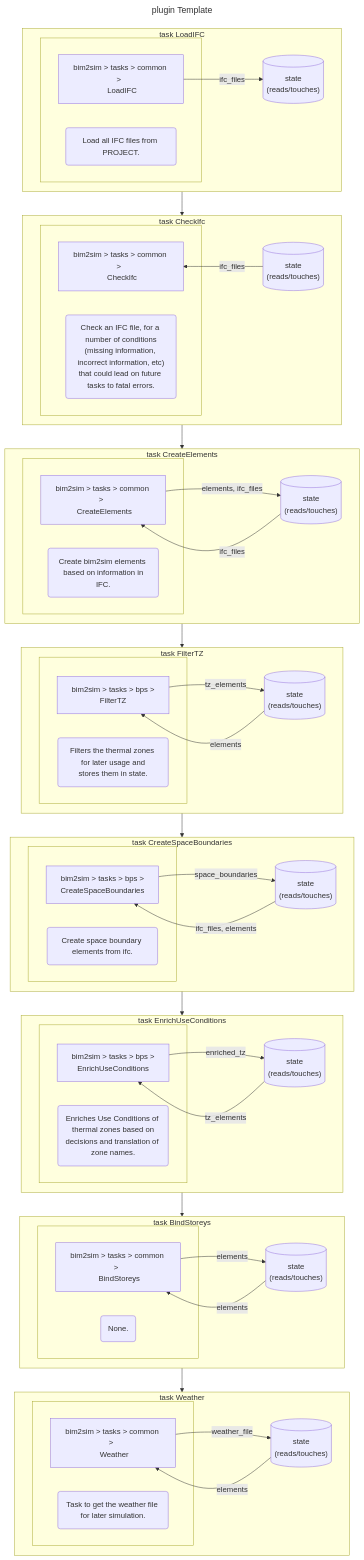
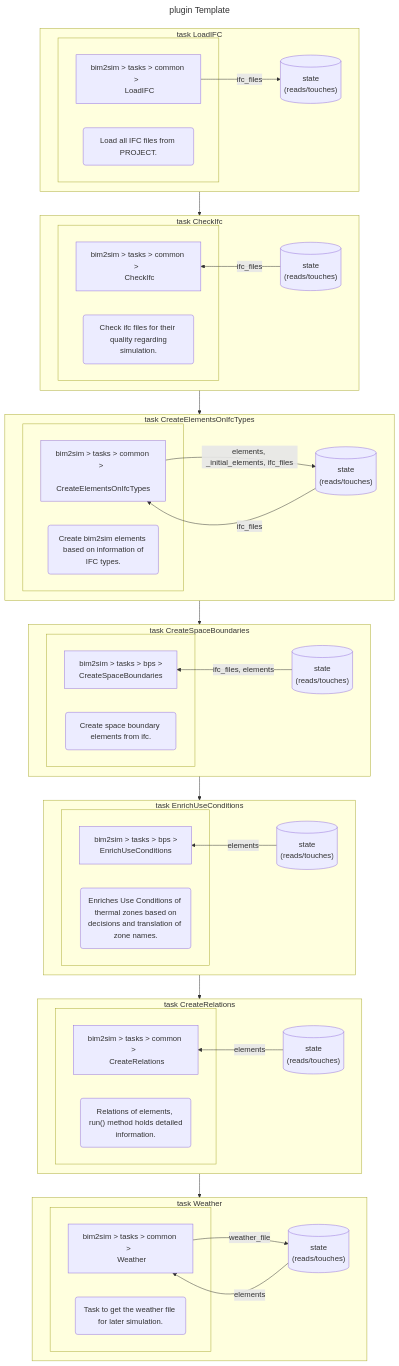
One commit to BIM2SIM/bim2sim changed the diagram in docs/source/user-guide/PluginTemplate.md. Above: the diagram before and after it, drawn with Mermaid. The commit also changed 1 other file, not shown here.

Commit message:
adapt structure visualization of PluginTemplate

````diff
--- a/docs/source/user-guide/PluginTemplate.md
+++ b/docs/source/user-guide/PluginTemplate.md
@@ -243,9 +243,8 @@
 
   tCheckIfc["bim2sim > tasks > common >  
  CheckIfc"]
-  extCheckIfc("  Check an IFC file, for a number of conditions
-(missing information, incorrect information, etc)
-that could lead on future tasks to fatal errors. " )
+  extCheckIfc("  Check ifc files for their quality regarding
+simulation. " )
  end
 
 stateCheckIfc[("state
@@ -255,39 +254,21 @@
 direction RL
 end
     
-subgraph taskCreateElements["task CreateElements"]
+subgraph taskCreateElementsOnIfcTypes["task CreateElementsOnIfcTypes"]
  subgraph "" 
 
-  tCreateElements["bim2sim > tasks > common >  
- CreateElements"]
-  extCreateElements(" Create bim2sim elements based on information in
-IFC. " )
+  tCreateElementsOnIfcTypes["bim2sim > tasks > common >  
+ CreateElementsOnIfcTypes"]
+  extCreateElementsOnIfcTypes(" Create bim2sim elements based on information of
+IFC types. " )
  end
 
-stateCreateElements[("state
+stateCreateElementsOnIfcTypes[("state
  (reads/touches)")]
     
-stateCreateElements -- ifc_files --> tCreateElements
+stateCreateElementsOnIfcTypes -- ifc_files --> tCreateElementsOnIfcTypes
 
-tCreateElements -- elements, ifc_files --> stateCreateElements
-
-end
-    
-subgraph taskFilterTZ["task FilterTZ"]
- subgraph "" 
-
-  tFilterTZ["bim2sim > tasks > bps >  
- FilterTZ"]
-  extFilterTZ(" Filters the thermal zones for later usage and
-stores them in state. " )
- end
-
-stateFilterTZ[("state
- (reads/touches)")]
-    
-stateFilterTZ -- elements --> tFilterTZ
-
-tFilterTZ -- tz_elements --> stateFilterTZ
+tCreateElementsOnIfcTypes -- elements, _initial_elements, ifc_files --> stateCreateElementsOnIfcTypes
 
 end
     
@@ -303,9 +284,7 @@
  (reads/touches)")]
     
 stateCreateSpaceBoundaries -- ifc_files, elements --> tCreateSpaceBoundaries
-
-tCreateSpaceBoundaries -- space_boundaries --> stateCreateSpaceBoundaries
-
+direction RL
 end
     
 subgraph taskEnrichUseConditions["task EnrichUseConditions"]
@@ -320,27 +299,24 @@
 stateEnrichUseConditions[("state
  (reads/touches)")]
     
-stateEnrichUseConditions -- tz_elements --> tEnrichUseConditions
-
-tEnrichUseConditions -- enriched_tz --> stateEnrichUseConditions
-
+stateEnrichUseConditions -- elements --> tEnrichUseConditions
+direction RL
 end
     
-subgraph taskBindStoreys["task BindStoreys"]
+subgraph taskCreateRelations["task CreateRelations"]
  subgraph "" 
 
-  tBindStoreys["bim2sim > tasks > common >  
- BindStoreys"]
-  extBindStoreys(" None. " )
+  tCreateRelations["bim2sim > tasks > common >  
+ CreateRelations"]
+  extCreateRelations(" Relations of elements, run() method holds detailed
+information. " )
  end
 
-stateBindStoreys[("state
+stateCreateRelations[("state
  (reads/touches)")]
     
-stateBindStoreys -- elements --> tBindStoreys
-
-tBindStoreys -- elements --> stateBindStoreys
-
+stateCreateRelations -- elements --> tCreateRelations
+direction RL
 end
     
 subgraph taskWeather["task Weather"]
@@ -360,10 +336,9 @@
 
 end
     taskLoadIFC --> taskCheckIfc 
-taskCheckIfc --> taskCreateElements 
-taskCreateElements --> taskFilterTZ 
-taskFilterTZ --> taskCreateSpaceBoundaries 
+taskCheckIfc --> taskCreateElementsOnIfcTypes 
+taskCreateElementsOnIfcTypes --> taskCreateSpaceBoundaries 
 taskCreateSpaceBoundaries --> taskEnrichUseConditions 
-taskEnrichUseConditions --> taskBindStoreys 
-taskBindStoreys --> taskWeather 
+taskEnrichUseConditions --> taskCreateRelations 
+taskCreateRelations --> taskWeather 
 ```
````
